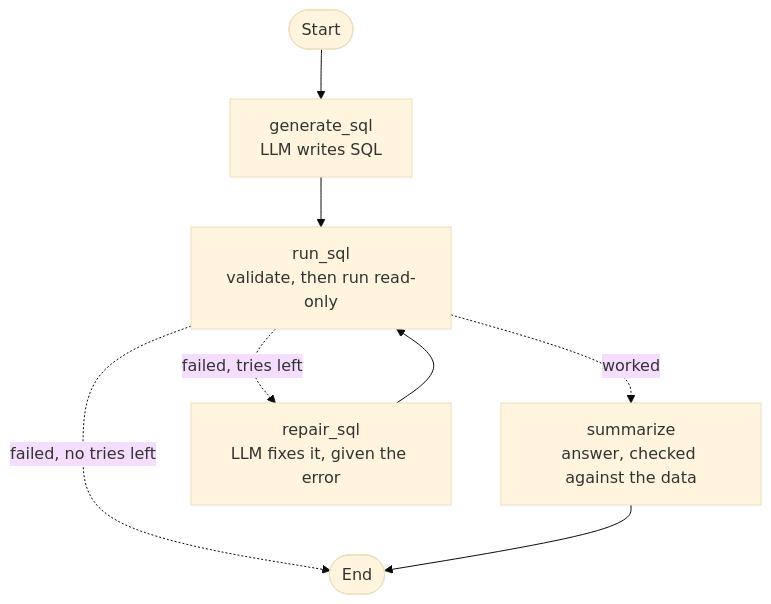
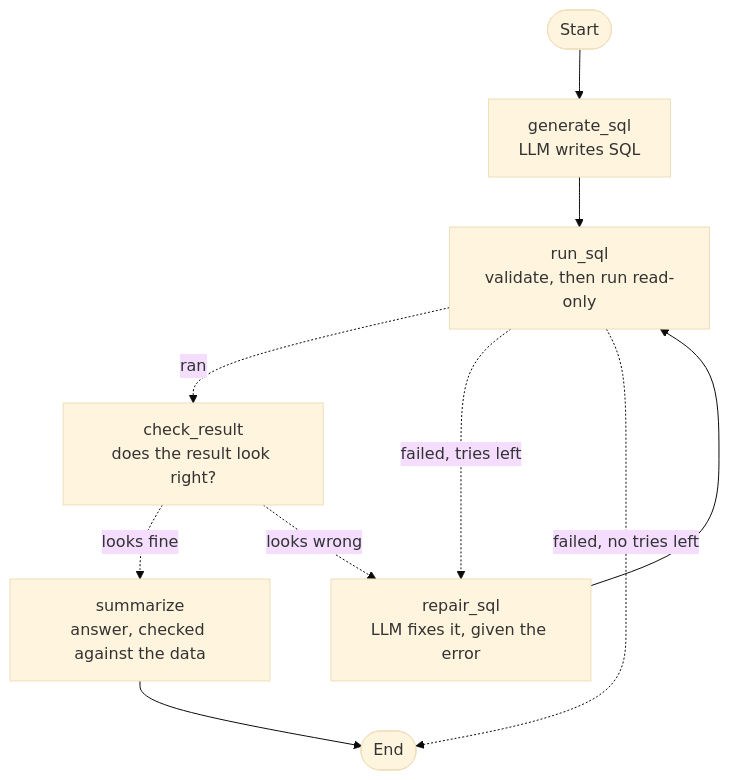
Before and after one commit to Mohamed-Dahy/querymind: the diagram in README.md, drawn with Mermaid (base theme). The commit also changed other lines of this file and 16 other files, not shown here.

````diff
--- a/README.md
+++ b/README.md
@@ -29,10 +31,12 @@
 ```mermaid
 graph TD;
     start([Start]) --> generate_sql;
     generate_sql["generate_sql<br/>LLM writes SQL"] --> run_sql;
-    run_sql["run_sql<br/>validate, then run read-only"] -. worked .-> summarize;
+    run_sql["run_sql<br/>validate, then run read-only"] -. ran .-> check_result;
     run_sql -. failed, tries left .-> repair_sql;
     run_sql -. failed, no tries left .-> done([End]);
+    check_result["check_result<br/>does the result look right?"] -. looks fine .-> summarize;
+    check_result -. looks wrong .-> repair_sql;
     repair_sql["repair_sql<br/>LLM fixes it, given the error"] --> run_sql;
     summarize["summarize<br/>answer, checked against the data"] --> done;
 ```
````
